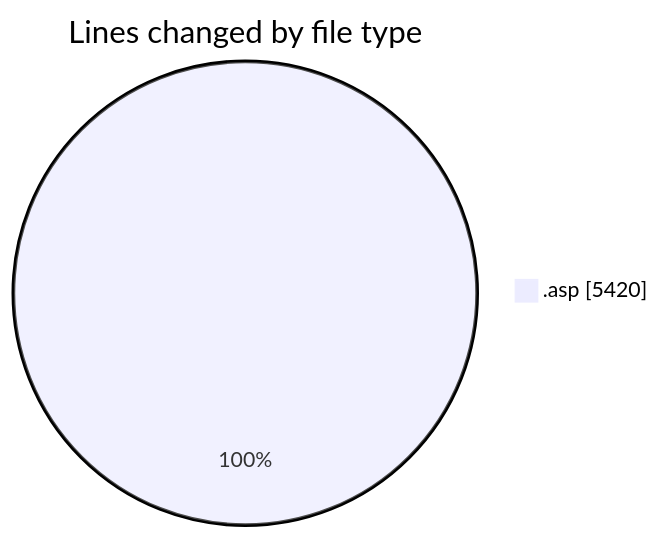
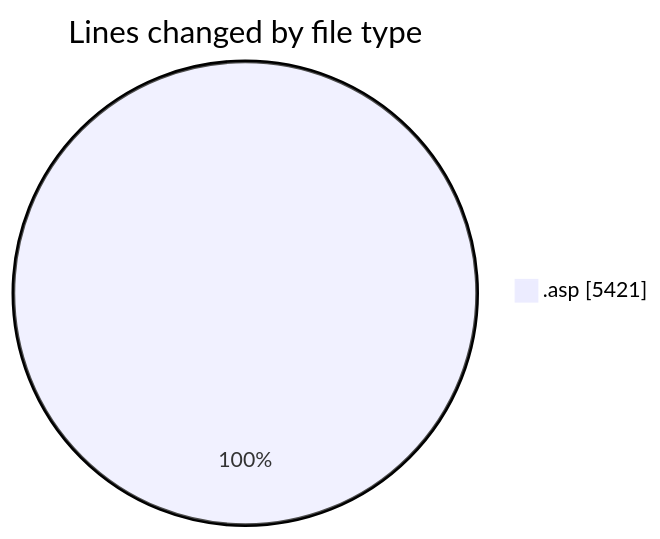
Before and after one commit to julien-gomy/code-tracking: the first of 2 diagrams in 2025-11-15/cdp_aleoudev_fr__workspace_/README.md, drawn with Mermaid. The commit also changed other lines of this file and 1 other file, not shown here.

````diff
--- a/2025-11-15/cdp_aleoudev_fr__workspace_/README.md
+++ b/2025-11-15/cdp_aleoudev_fr__workspace_/README.md
@@ -28,5 +28,5 @@
 ```mermaid
 pie showData
 title Lines changed by file type
-".asp" : 5420
+".asp" : 5421
 ```
````
